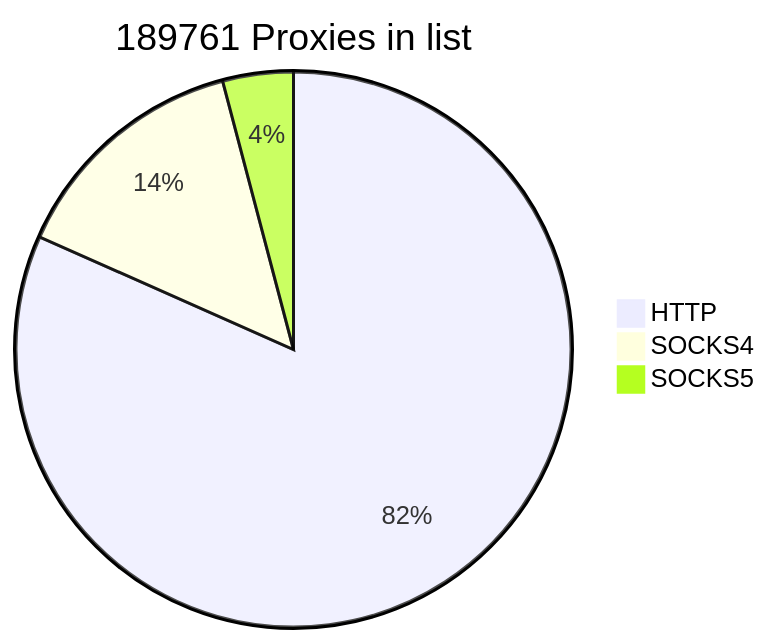
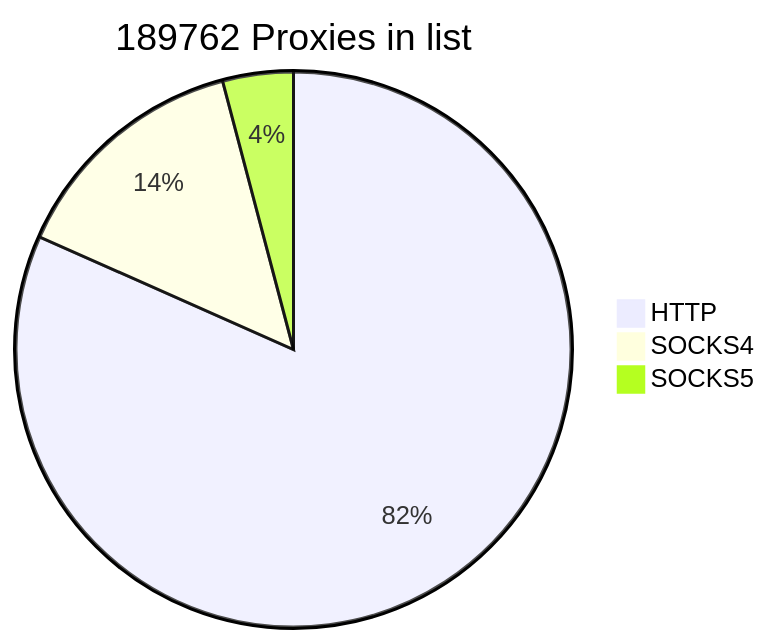
The first of 2 diagrams in README.md (cutipu/proxylist), drawn with Mermaid before and after one commit. The commit also changed other lines of this file, not shown here.

````diff
--- a/README.md
+++ b/README.md
@@ -2,7 +2,7 @@
 ```mermaid
-pie title 189761 Proxies in list
-    "HTTP" : 154920
-    "SOCKS4" : 27045
-    "SOCKS5" : 7796
+pie title 189762 Proxies in list
+    "HTTP" : 154919
+    "SOCKS4" : 27044
+    "SOCKS5" : 7799
             
 ```
````
